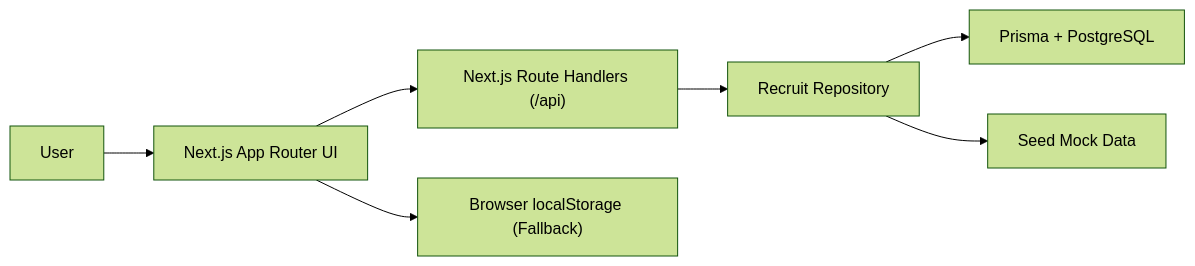
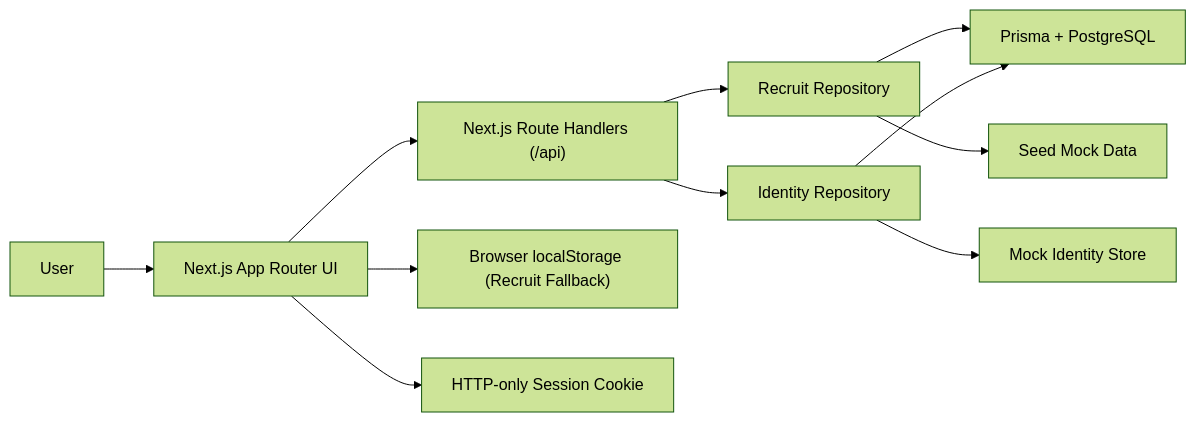
The first of 5 diagrams in docs/02-architecture.md (tail1887/campus-link-workshop), drawn with Mermaid (forest theme) before and after one commit. The commit also changed other lines of this file and 14 other files, not shown here.

````diff
--- a/docs/02-architecture.md
+++ b/docs/02-architecture.md
@@ -16,9 +16,13 @@
 ```mermaid
 flowchart LR
     U["User"] --> FE["Next.js App Router UI"]
     FE --> API["Next.js Route Handlers (/api)"]
-    FE --> LS["Browser localStorage (Fallback)"]
-    API --> REPO["Recruit Repository"]
-    REPO --> DB["Prisma + PostgreSQL"]
-    REPO --> SEED["Seed Mock Data"]
+    FE --> LS["Browser localStorage (Recruit Fallback)"]
+    FE --> CK["HTTP-only Session Cookie"]
+    API --> RR["Recruit Repository"]
+    API --> IR["Identity Repository"]
+    RR --> DB["Prisma + PostgreSQL"]
+    RR --> SEED["Seed Mock Data"]
+    IR --> DB
+    IR --> IM["Mock Identity Store"]
 ```
````
